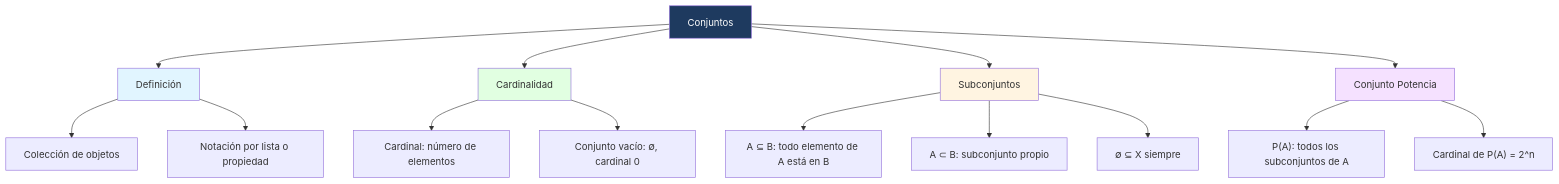
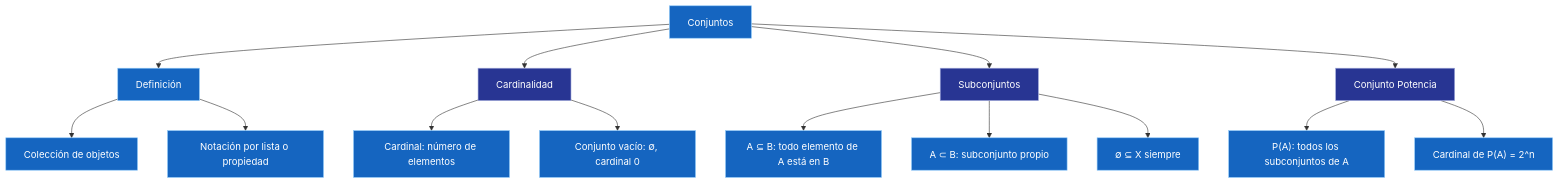
One commit to Fsteven22/Notas-ESPOL changed the diagram in src/site/notes/Universidad/3er Semestre/Matemáticas Discretas/Unidad 1 - Logica y Conjuntos/IV - Teoría de Conjuntos/01 - Conjuntos, Cardinalidad y Subconjuntos.md. Above: the diagram before and after it, drawn with Mermaid. The commit also changed other lines of this file and 79 other files, not shown here.

````diff
--- a/src/site/notes/Universidad/3er Semestre/Matemáticas Discretas/Unidad 1 - Logica y Conjuntos/IV - Teoría de Conjuntos/01 - Conjuntos, Cardinalidad y Subconjuntos.md
+++ b/src/site/notes/Universidad/3er Semestre/Matemáticas Discretas/Unidad 1 - Logica y Conjuntos/IV - Teoría de Conjuntos/01 - Conjuntos, Cardinalidad y Subconjuntos.md
@@ -226,26 +230,35 @@
 ```mermaid
 graph TD
     A[Conjuntos] --> B[Definición]
     A --> C[Cardinalidad]
     A --> D[Subconjuntos]
     A --> E[Conjunto Potencia]
 
     B --> B1[Colección de objetos]
     B --> B2[Notación por lista o propiedad]
 
     C --> C1["Cardinal: número de elementos"]
     C --> C2["Conjunto vacío: ∅, cardinal 0"]
 
     D --> D1["A ⊆ B: todo elemento de A está en B"]
     D --> D2["A ⊂ B: subconjunto propio"]
     D --> D3["∅ ⊆ X siempre"]
 
     E --> E1["P(A): todos los subconjuntos de A"]
     E --> E2["Cardinal de P(A) = 2^n"]
+    style A fill:#1565C0,color:#FFFFFF,stroke:#90CAF9,stroke-width:1px
+    style B fill:#1565C0,color:#FFFFFF,stroke:#90CAF9,stroke-width:1px
+    style B1 fill:#1565C0,color:#FFFFFF,stroke:#90CAF9,stroke-width:1px
+    style B2 fill:#1565C0,color:#FFFFFF,stroke:#90CAF9,stroke-width:1px
+    style C fill:#283593,color:#FFFFFF,stroke:#9FA8DA,stroke-width:1px
+    style C1 fill:#1565C0,color:#FFFFFF,stroke:#90CAF9,stroke-width:1px
+    style C2 fill:#1565C0,color:#FFFFFF,stroke:#90CAF9,stroke-width:1px
+    style D fill:#283593,color:#FFFFFF,stroke:#9FA8DA,stroke-width:1px
+    style D1 fill:#1565C0,color:#FFFFFF,stroke:#90CAF9,stroke-width:1px
+    style D2 fill:#1565C0,color:#FFFFFF,stroke:#90CAF9,stroke-width:1px
+    style D3 fill:#1565C0,color:#FFFFFF,stroke:#90CAF9,stroke-width:1px
+    style E fill:#283593,color:#FFFFFF,stroke:#9FA8DA,stroke-width:1px
+    style E1 fill:#1565C0,color:#FFFFFF,stroke:#90CAF9,stroke-width:1px
+    style E2 fill:#1565C0,color:#FFFFFF,stroke:#90CAF9,stroke-width:1px
 
-    style A fill:#1e3a5f,color:#fff
-    style B fill:#e1f5ff
-    style C fill:#e1ffe1
-    style D fill:#fff4e1
-    style E fill:#f5e1ff
 ```
````
